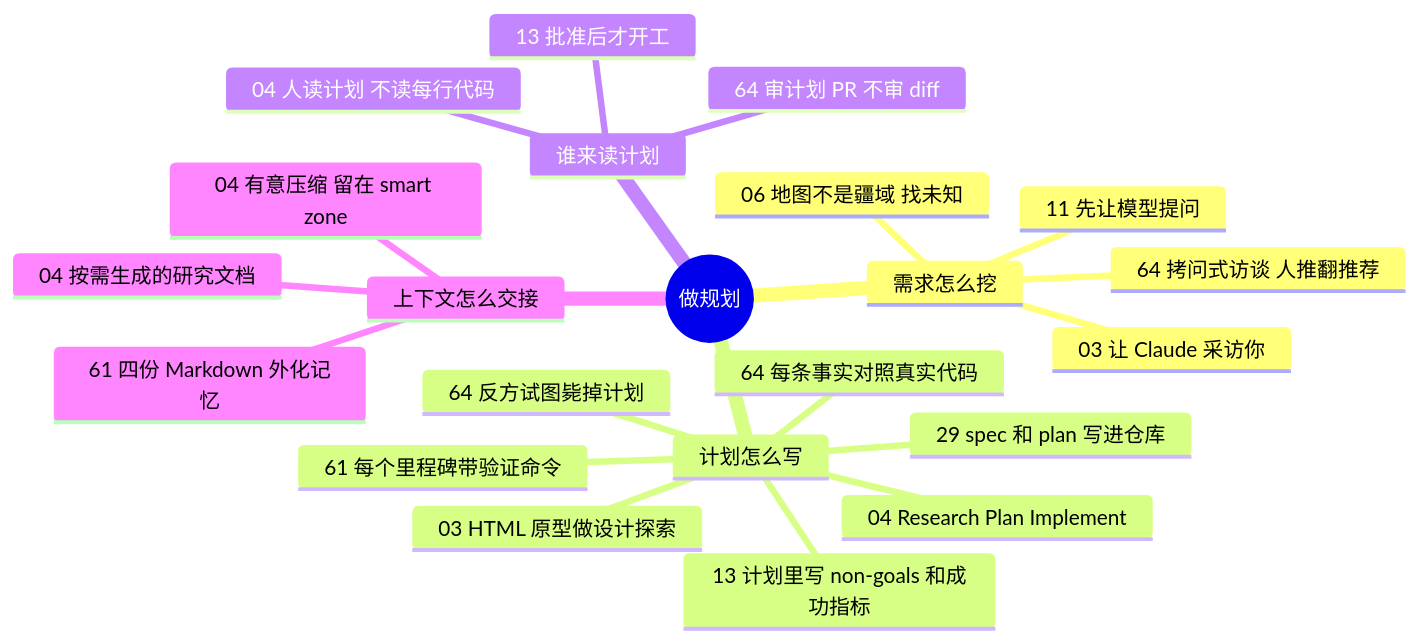
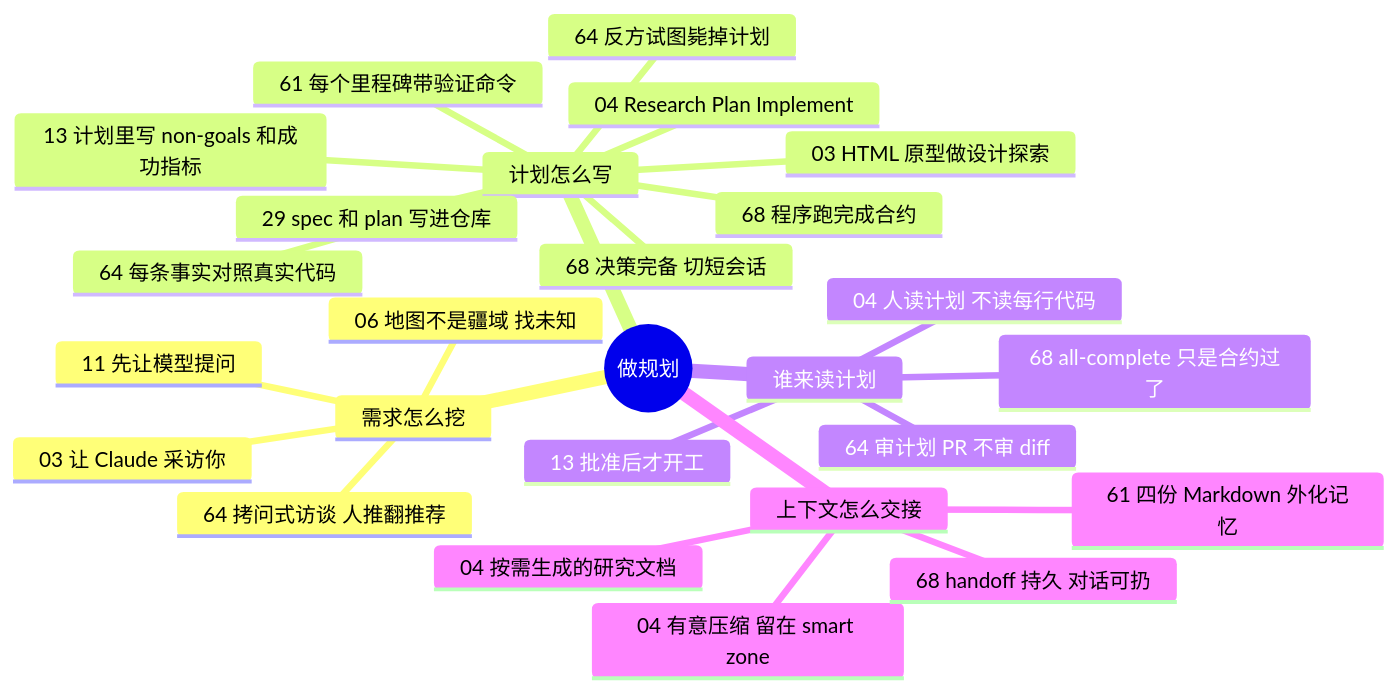
The diagram in docs/guide/planning.md (yzw7489757/ai-coding-videos), drawn with Mermaid before and after one commit. The commit also changed other lines of this file and 19 other files, not shown here.

````diff
--- a/docs/guide/planning.md
+++ b/docs/guide/planning.md
@@ -13,25 +13,29 @@
 ```mermaid
 mindmap
   root((做规划))
     需求怎么挖
       03 让 Claude 采访你
       06 地图不是疆域 找未知
       11 先让模型提问
       64 拷问式访谈 人推翻推荐
     计划怎么写
       04 Research Plan Implement
       13 计划里写 non-goals 和成功指标
       03 HTML 原型做设计探索
       29 spec 和 plan 写进仓库
       61 每个里程碑带验证命令
       64 每条事实对照真实代码
       64 反方试图毙掉计划
+      68 决策完备 切短会话
+      68 程序跑完成合约
     谁来读计划
       04 人读计划 不读每行代码
       13 批准后才开工
       64 审计划 PR 不审 diff
+      68 all-complete 只是合约过了
     上下文怎么交接
       04 有意压缩 留在 smart zone
       04 按需生成的研究文档
       61 四份 Markdown 外化记忆
+      68 handoff 持久 对话可扔
 ```
````
